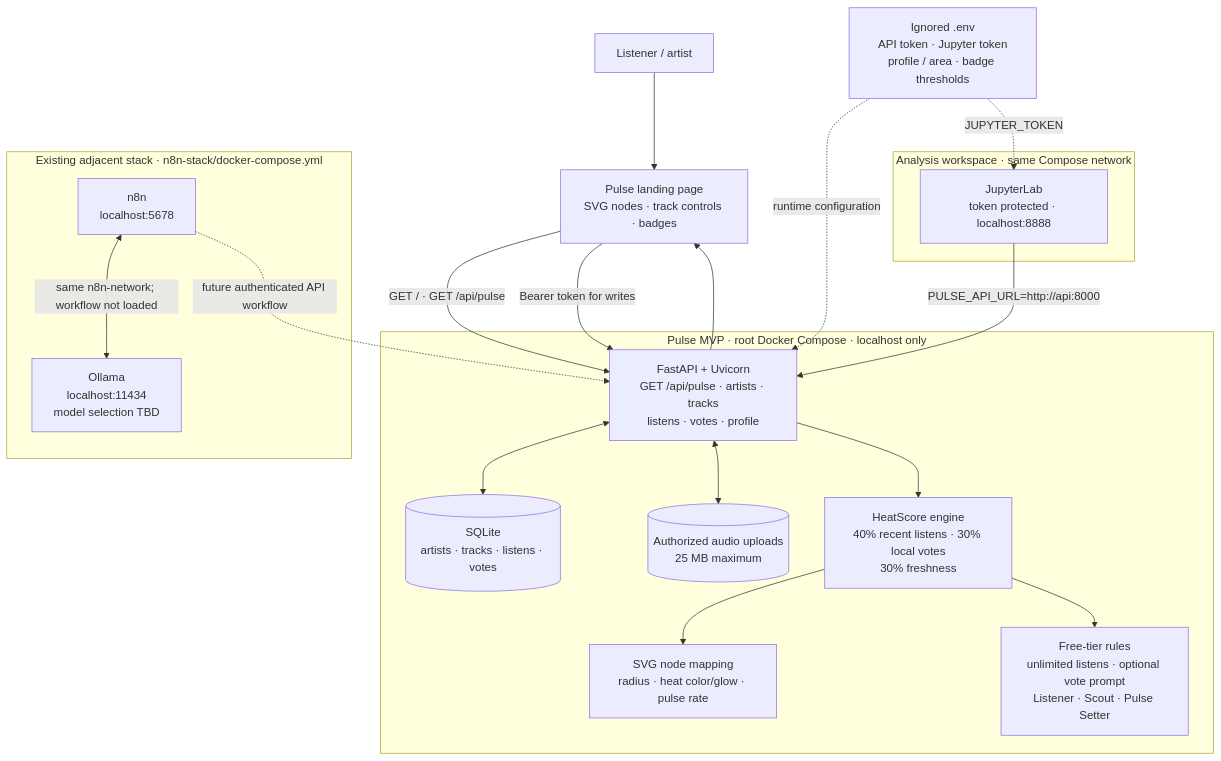
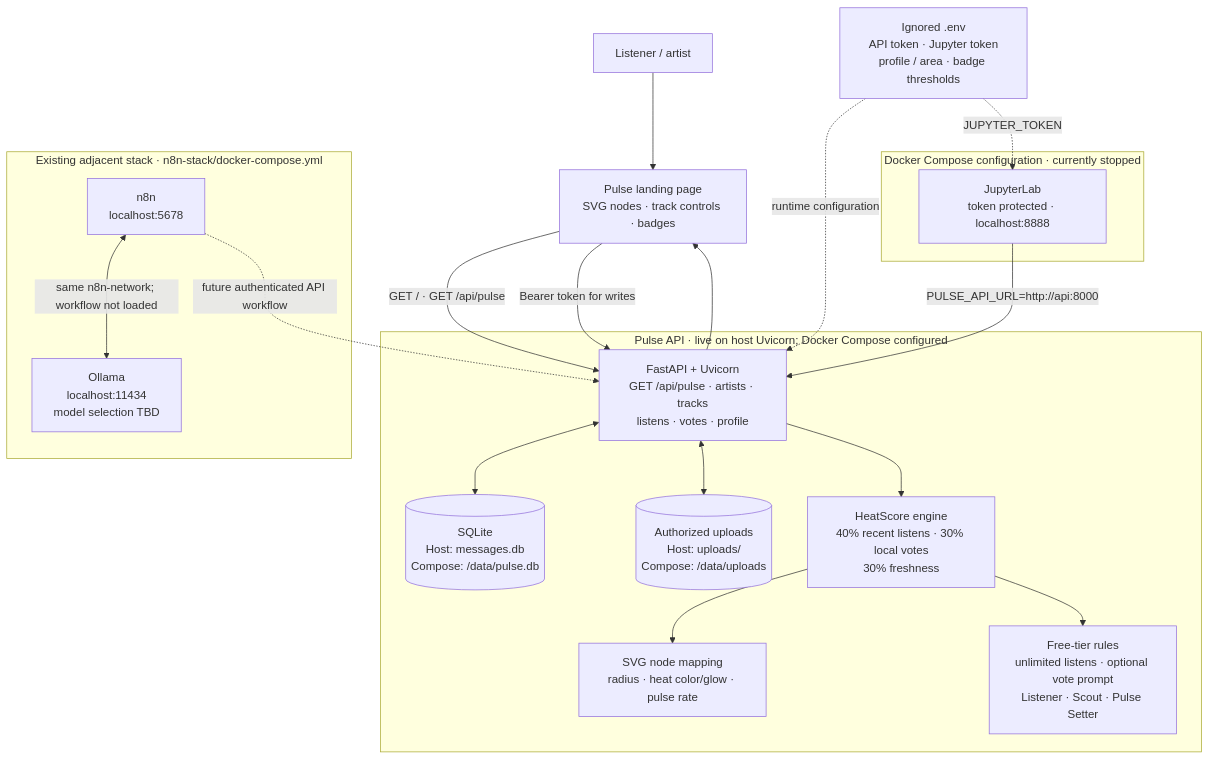
Before and after one commit to VocalFalCor/favicon.svg: the diagram in docs/falcor-pulse-stack.md, drawn with Mermaid. The commit also changed other lines of this file and 1 other file, not shown here.

Commit message:
Clarify live Pulse runtime in stack diagrams

````diff
--- a/docs/falcor-pulse-stack.md
+++ b/docs/falcor-pulse-stack.md
@@ -5,40 +5,40 @@
 ```mermaid
 flowchart TB
     listener["Listener / artist"]
     browser["Pulse landing page<br/>SVG nodes · track controls · badges"]
 
-    subgraph pulse["Pulse MVP · root Docker Compose · localhost only"]
+    subgraph pulse["Pulse API · live on host Uvicorn; Docker Compose configured"]
         api["FastAPI + Uvicorn<br/>GET /api/pulse · artists · tracks<br/>listens · votes · profile"]
         score["HeatScore engine<br/>40% recent listens · 30% local votes<br/>30% freshness"]
         viz["SVG node mapping<br/>radius · heat color/glow · pulse rate"]
-        sqlite[("SQLite<br/>artists · tracks · listens · votes")]
-        audio[("Authorized audio uploads<br/>25 MB maximum")]
+        sqlite[("SQLite<br/>Host: messages.db<br/>Compose: /data/pulse.db")]
+        audio[("Authorized uploads<br/>Host: uploads/<br/>Compose: /data/uploads")]
         badges["Free-tier rules<br/>unlimited listens · optional vote prompt<br/>Listener · Scout · Pulse Setter"]
         api <--> sqlite
         api <--> audio
         api --> score
         score --> viz
         score --> badges
     end
 
-    subgraph notebook["Analysis workspace · same Compose network"]
+    subgraph notebook["Docker Compose configuration · currently stopped"]
         jupyter["JupyterLab<br/>token protected · localhost:8888"]
     end
 
     subgraph adjacent["Existing adjacent stack · n8n-stack/docker-compose.yml"]
         n8n["n8n<br/>localhost:5678"]
         ollama["Ollama<br/>localhost:11434<br/>model selection TBD"]
         n8n <-->|same n8n-network; workflow not loaded| ollama
     end
 
     secrets["Ignored .env<br/>API token · Jupyter token<br/>profile / area · badge thresholds"]
 
     listener --> browser
     browser -->|"GET / · GET /api/pulse"| api
     browser -->|"Bearer token for writes"| api
     api --> browser
     jupyter -->|"PULSE_API_URL=http://api:8000"| api
     secrets -.->|"runtime configuration"| api
     secrets -.->|"JUPYTER_TOKEN"| jupyter
     n8n -.->|"future authenticated API workflow"| api
 ```
````
